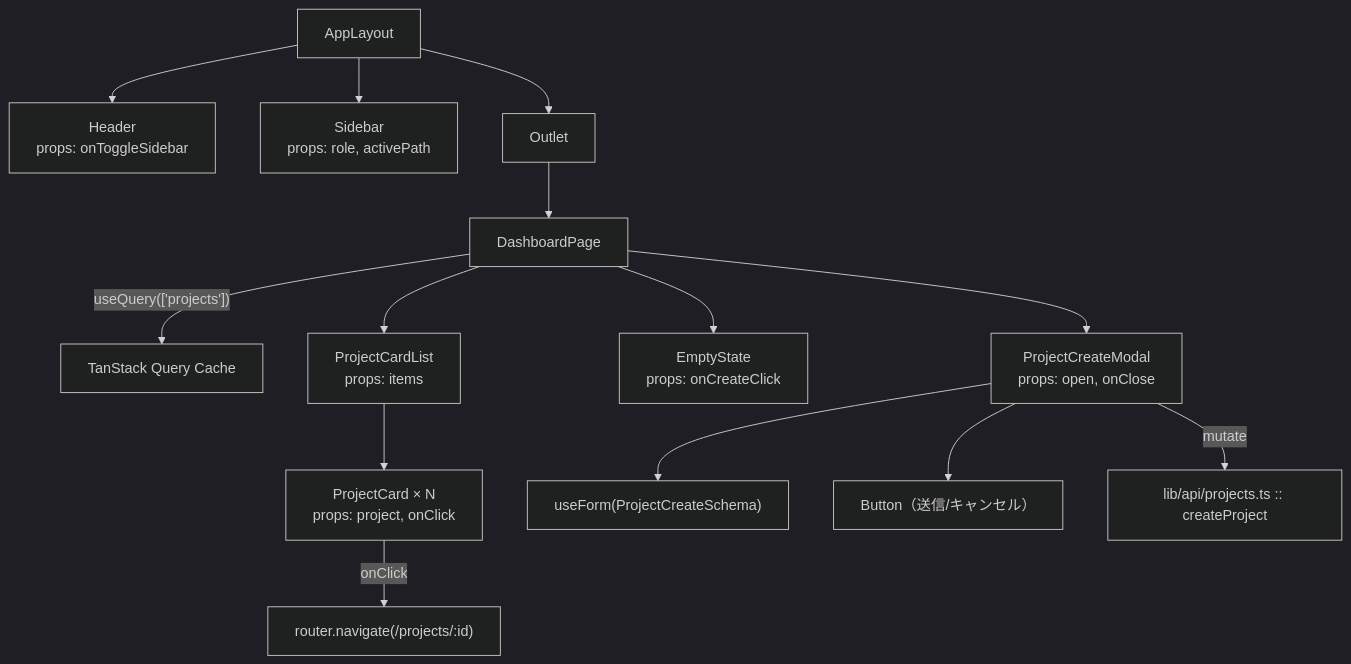
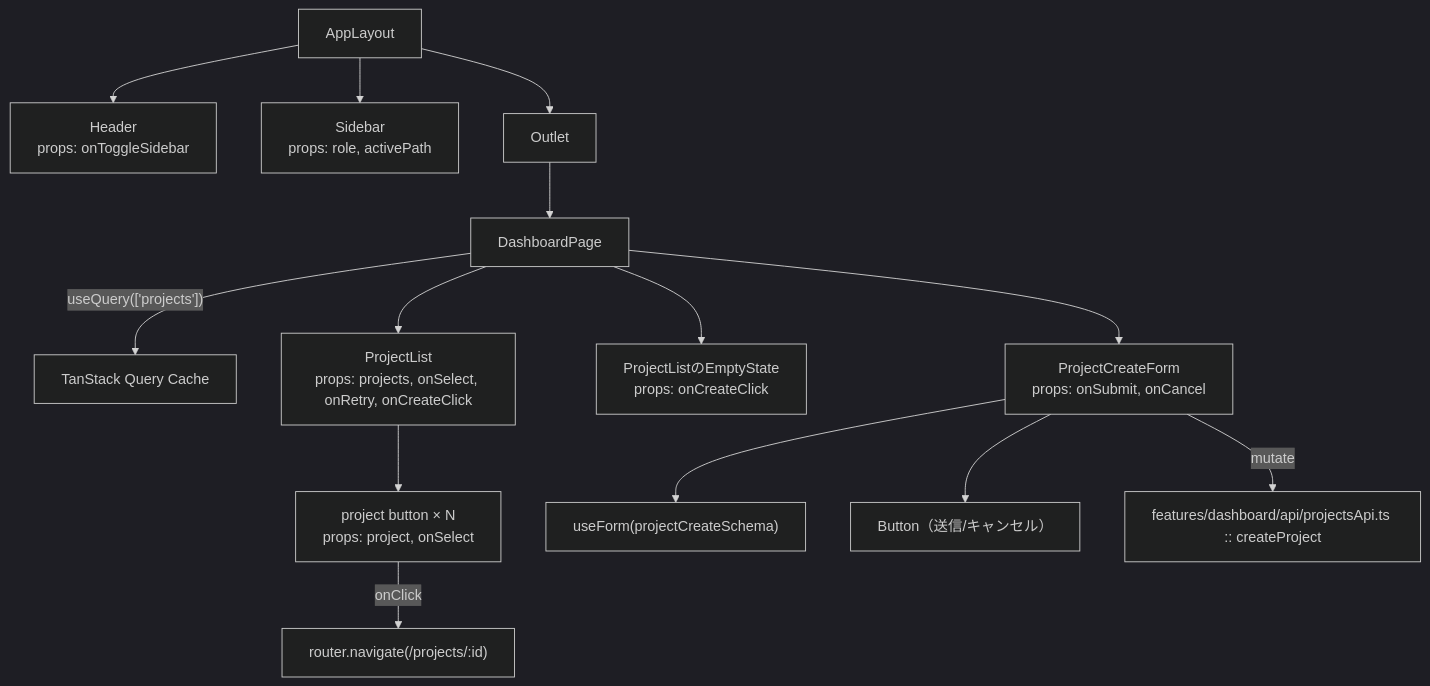
Before and after one commit to oikawa-d/task_management: the fourth of 5 diagrams in docs/detailed_design/screen/06_dashboard.md, drawn with Mermaid (dark theme). The commit also changed other lines of this file, not shown here.

````diff
--- a/docs/detailed_design/screen/06_dashboard.md
+++ b/docs/detailed_design/screen/06_dashboard.md
@@ -206,18 +211,18 @@
 ```mermaid
 flowchart TB
     APL["AppLayout"] --> HD["Header<br/>props: onToggleSidebar"]
     APL --> SB["Sidebar<br/>props: role, activePath"]
     APL --> OUT["Outlet"]
     OUT --> DP["DashboardPage"]
 
     DP -->|"useQuery(['projects'])"| Q["TanStack Query Cache"]
-    DP --> PCL["ProjectCardList<br/>props: items"]
-    PCL --> PC["ProjectCard × N<br/>props: project, onClick"]
-    DP --> EMP["EmptyState<br/>props: onCreateClick"]
-    DP --> PCM["ProjectCreateModal<br/>props: open, onClose"]
-    PCM --> RHF["useForm(ProjectCreateSchema)"]
+    DP --> PCL["ProjectList<br/>props: projects, onSelect, onRetry, onCreateClick"]
+    PCL --> PC["project button × N<br/>props: project, onSelect"]
+    DP --> EMP["ProjectListのEmptyState<br/>props: onCreateClick"]
+    DP --> PCM["ProjectCreateForm<br/>props: onSubmit, onCancel"]
+    PCM --> RHF["useForm(projectCreateSchema)"]
     PCM --> BTN["Button（送信/キャンセル）"]
 
     PC -->|"onClick"| NAV["router.navigate(/projects/:id)"]
-    PCM -->|"mutate"| EP["lib/api/projects.ts :: createProject"]
+    PCM -->|"mutate"| EP["features/dashboard/api/projectsApi.ts :: createProject"]
 ```
````
